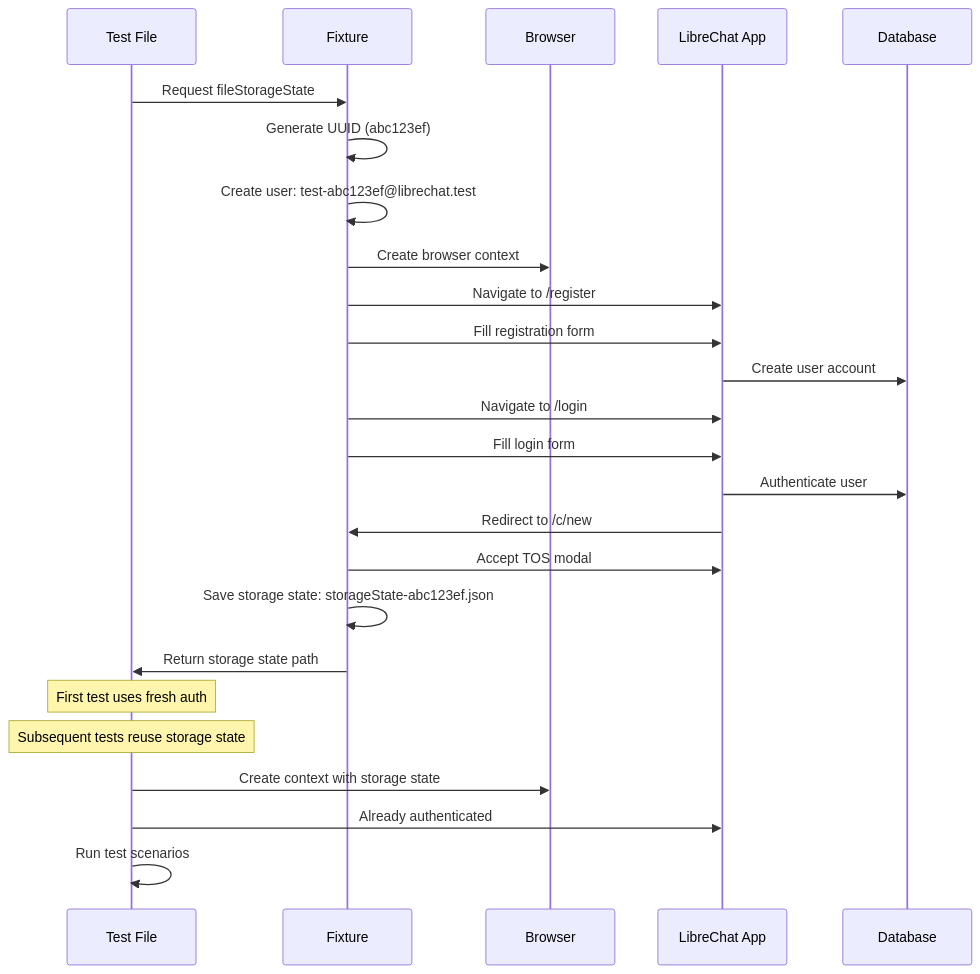
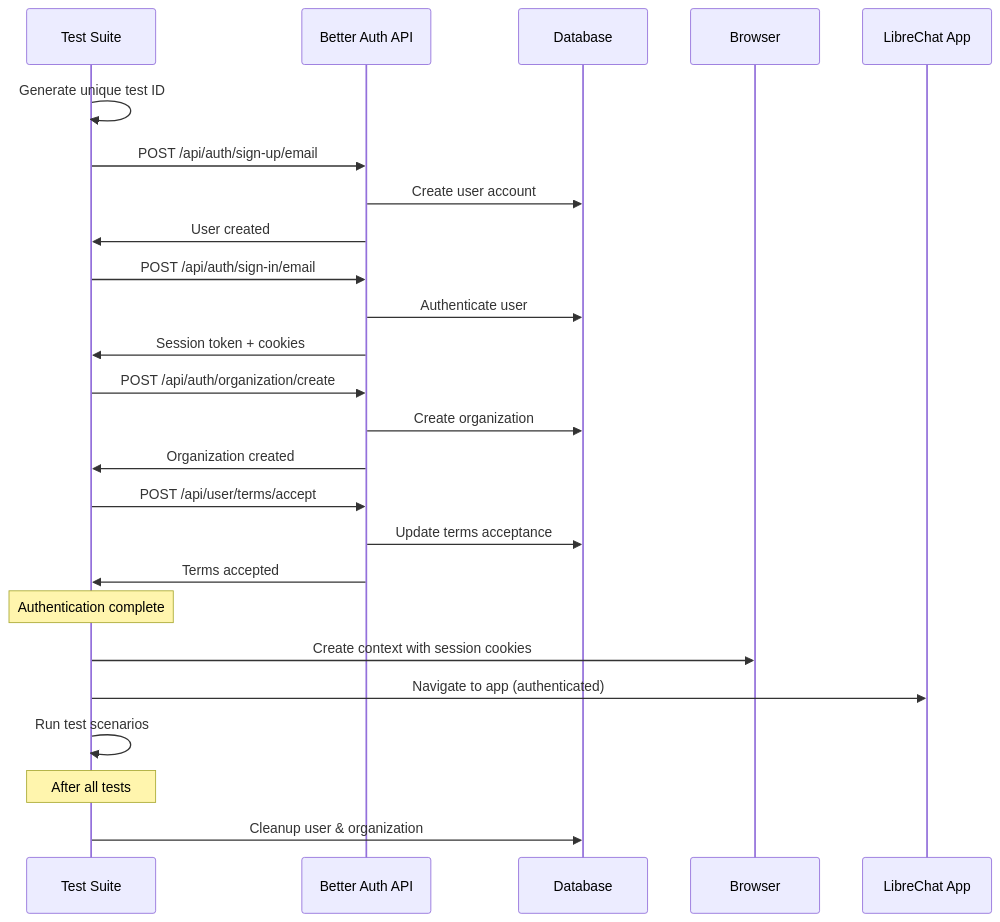
One commit to gannonh/agentis changed the second of 2 diagrams in LibreChat/e2e/README.md. Above: the diagram before and after it, drawn with Mermaid. The commit also changed other lines of this file, not shown here.

First line of the commit message:
feat(tests): Revamp E2E testing framework with Better Auth integration

````diff
--- a/LibreChat/e2e/README.md
+++ b/LibreChat/e2e/README.md
@@ -348,30 +340,34 @@
 ```mermaid
 sequenceDiagram
-    participant TF as Test File
-    participant F as Fixture
+    participant TS as Test Suite
+    participant BA as Better Auth API
+    participant DB as Database
     participant B as Browser
     participant App as LibreChat App
-    participant DB as Database
     
-    TF->>F: Request fileStorageState
-    F->>F: Generate UUID (abc123ef)
-    F->>F: Create user: test-abc123ef@librechat.test
-    F->>B: Create browser context
-    F->>App: Navigate to /register
-    F->>App: Fill registration form
-    App->>DB: Create user account
-    F->>App: Navigate to /login
-    F->>App: Fill login form
-    App->>DB: Authenticate user
-    App->>F: Redirect to /c/new
-    F->>App: Accept TOS modal
-    F->>F: Save storage state: storageState-abc123ef.json
-    F->>TF: Return storage state path
+    TS->>TS: Generate unique test ID
+    TS->>BA: POST /api/auth/sign-up/email
+    BA->>DB: Create user account
+    BA->>TS: User created
     
-    Note over TF: First test uses fresh auth
-    Note over TF: Subsequent tests reuse storage state
+    TS->>BA: POST /api/auth/sign-in/email
+    BA->>DB: Authenticate user
+    BA->>TS: Session token + cookies
     
-    TF->>B: Create context with storage state
-    TF->>App: Already authenticated
-    TF->>TF: Run test scenarios
+    TS->>BA: POST /api/auth/organization/create
+    BA->>DB: Create organization
+    BA->>TS: Organization created
+    
+    TS->>BA: POST /api/user/terms/accept
+    BA->>DB: Update terms acceptance
+    BA->>TS: Terms accepted
+    
+    Note over TS: Authentication complete
+    
+    TS->>B: Create context with session cookies
+    TS->>App: Navigate to app (authenticated)
+    TS->>TS: Run test scenarios
+    
+    Note over TS: After all tests
+    TS->>DB: Cleanup user & organization
 ```
````
